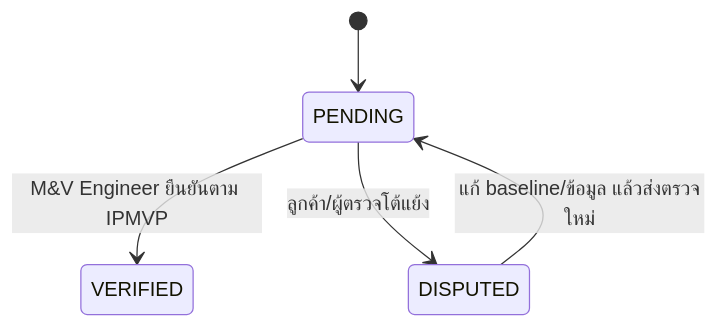
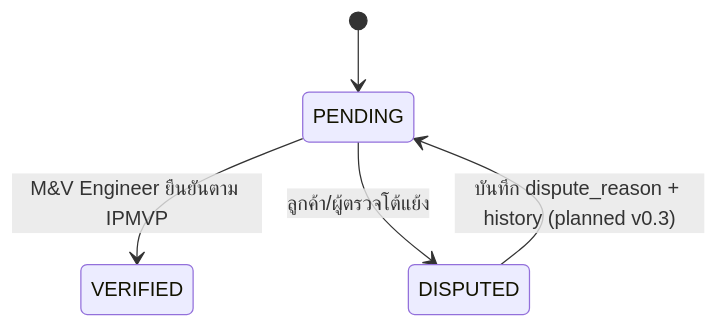
One commit to nanoubon/Service-Ecosystem changed the sixth of 6 diagrams in docs/requirements/process-flow-work-order.md. Above: the diagram before and after it, drawn with Mermaid. The commit also changed other lines of this file and 2 other files, not shown here.

Commit message:
docs(requirements): add Architect decisions planned in Contract v0.3

````diff
--- a/docs/requirements/process-flow-work-order.md
+++ b/docs/requirements/process-flow-work-order.md
@@ -57,7 +68,7 @@
 ```mermaid
 stateDiagram-v2
   [*] --> PENDING
   PENDING --> VERIFIED: M&V Engineer ยืนยันตาม IPMVP
   PENDING --> DISPUTED: ลูกค้า/ผู้ตรวจโต้แย้ง
-  DISPUTED --> PENDING: แก้ baseline/ข้อมูล แล้วส่งตรวจใหม่
+  DISPUTED --> PENDING: บันทึก dispute_reason + history (planned v0.3)
 ```
````
